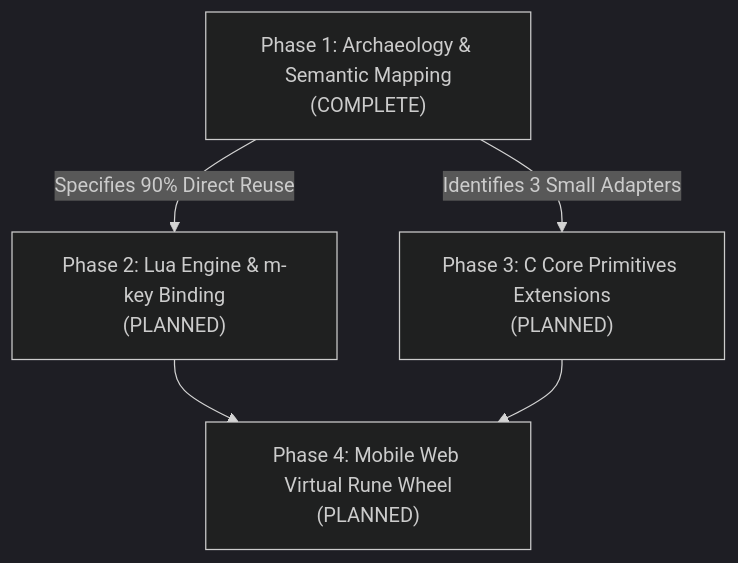
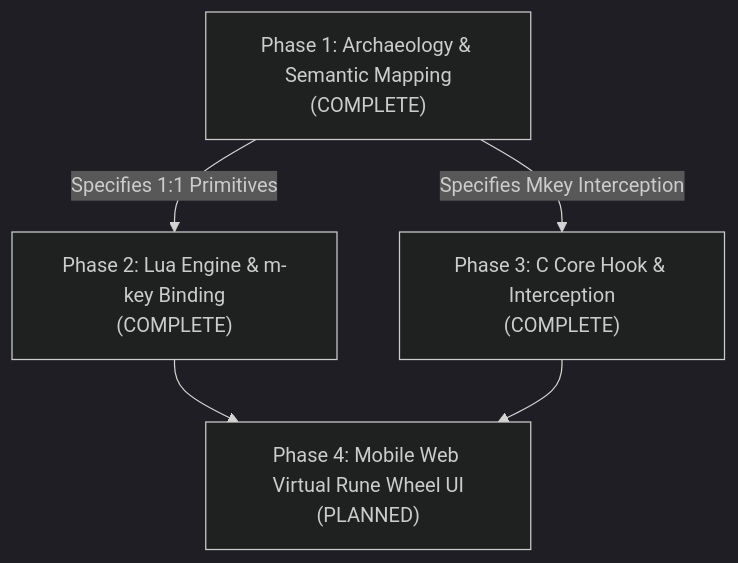
The second of 2 diagrams in docs/gameplay_changes.md (loverspath/tome238-mobile), drawn with Mermaid (dark theme) before and after one commit. The commit also changed other lines of this file and 1 other file, not shown here.

Commit message:
docs: document TomeNET Runecraft magic engine integration and 8-stage test suite

````diff
--- a/docs/gameplay_changes.md
+++ b/docs/gameplay_changes.md
@@ -126,12 +127,12 @@
 ```mermaid
 flowchart TD
     P1["Phase 1: Archaeology & Semantic Mapping<br>(COMPLETE)"]
-    P2["Phase 2: Lua Engine & m-key Binding<br>(PLANNED)"]
-    P3["Phase 3: C Core Primitives Extensions<br>(PLANNED)"]
-    P4["Phase 4: Mobile Web Virtual Rune Wheel<br>(PLANNED)"]
+    P2["Phase 2: Lua Engine & m-key Binding<br>(COMPLETE)"]
+    P3["Phase 3: C Core Hook & Interception<br>(COMPLETE)"]
+    P4["Phase 4: Mobile Web Virtual Rune Wheel UI<br>(PLANNED)"]
 
-    P1 -->|Specifies 90% Direct Reuse| P2
-    P1 -->|Identifies 3 Small Adapters| P3
+    P1 -->|Specifies 1:1 Primitives| P2
+    P1 -->|Specifies Mkey Interception| P3
     P2 --> P4
     P3 --> P4
 ```
````
